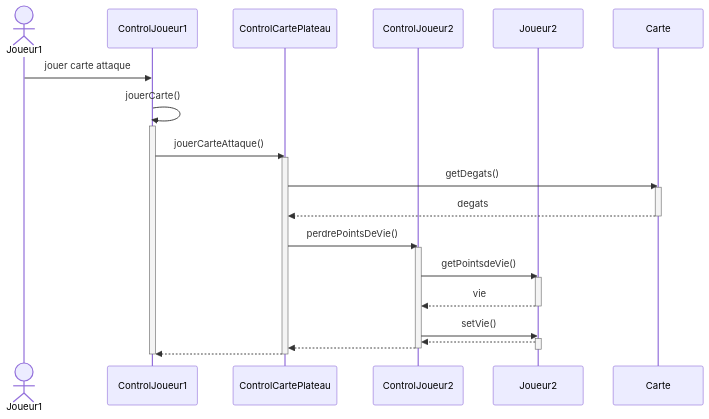
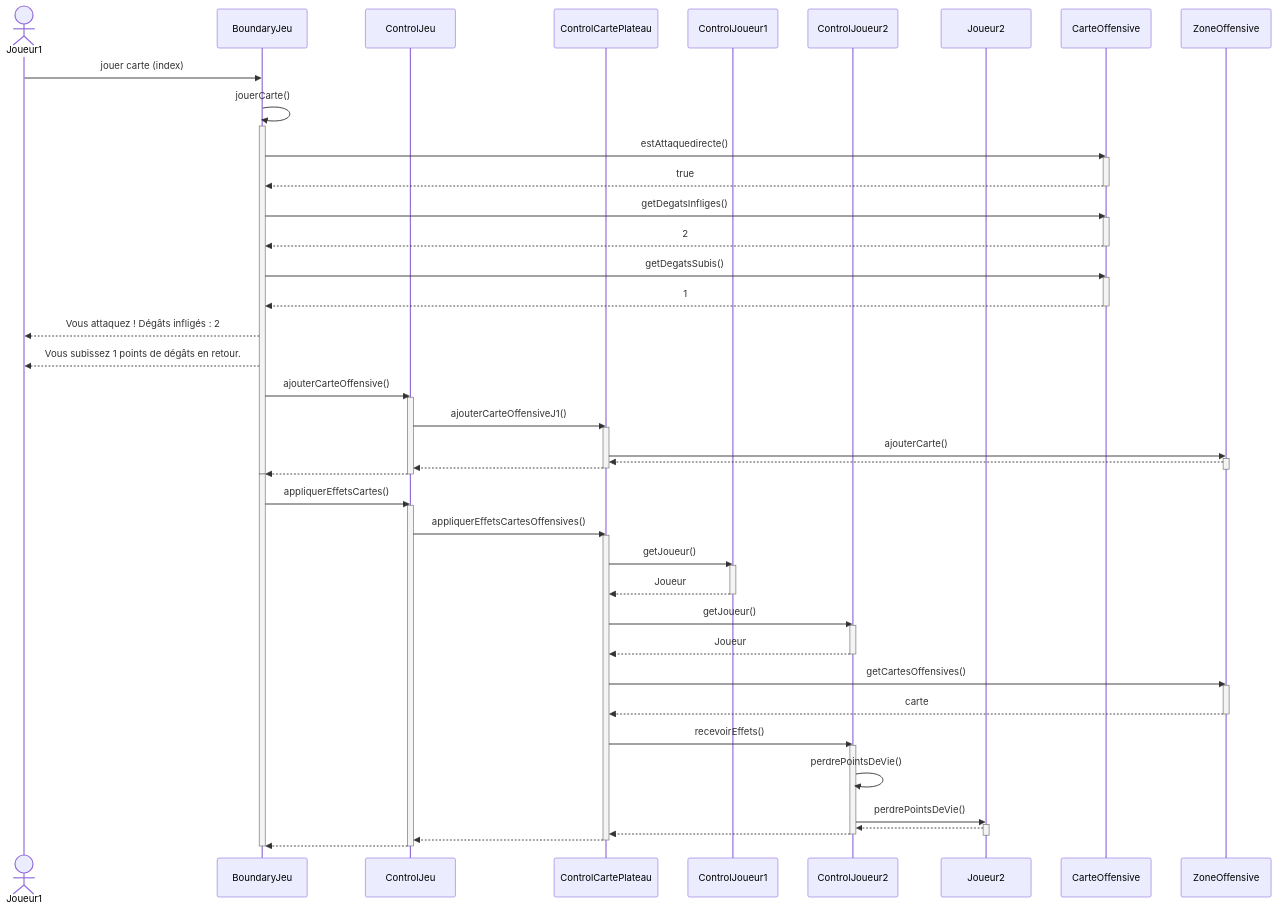
One commit to coco875/ProjetPirate changed the diagram in UML sequence.md. Above: the diagram before and after it, drawn with Mermaid. The commit also changed other lines of this file, not shown here.

Commit message:
update uml sequence

````diff
--- a/UML sequence.md
+++ b/UML sequence.md
@@ -8,48 +9,94 @@
 ```mermaid
 sequenceDiagram
     actor Joueur1
+    participant BoundaryJeu
+    participant ControlJeu
+    participant ControlCartePlateau
     participant ControlJoueur1
-    participant ControlCartePlateau
     participant ControlJoueur2
     participant Joueur2
-    participant Carte
+    participant CarteOffensive
+    participant ZoneOffensive
     
-	Joueur1->>ControlJoueur1: jouer carte attaque 
-    ControlJoueur1->>ControlJoueur1: jouerCarte()
-    activate ControlJoueur1
-    ControlJoueur1->>ControlCartePlateau: jouerCarteAttaque()
+	Joueur1->>BoundaryJeu: jouer carte (index)
+    BoundaryJeu->>BoundaryJeu: jouerCarte()
+    activate BoundaryJeu
+    BoundaryJeu->>CarteOffensive: estAttaquedirecte()
+    activate CarteOffensive
+    CarteOffensive-->>BoundaryJeu: true
+    deactivate CarteOffensive
+
+    BoundaryJeu->>CarteOffensive: getDegatsInfliges()
+    activate CarteOffensive
+    CarteOffensive-->>BoundaryJeu: 2
+    deactivate CarteOffensive
+
+    BoundaryJeu->>CarteOffensive: getDegatsSubis()
+    activate CarteOffensive
+    CarteOffensive-->>BoundaryJeu: 1
+    deactivate CarteOffensive
+
+    BoundaryJeu-->>Joueur1: Vous attaquez ! Dégâts infligés : 2
+    BoundaryJeu-->>Joueur1: Vous subissez 1 points de dégâts en retour.
+
+    BoundaryJeu->>ControlJeu: ajouterCarteOffensive()
+
+    activate ControlJeu
+    ControlJeu->>ControlCartePlateau: ajouterCarteOffensiveJ1()
+
+    activate ControlCartePlateau
+    ControlCartePlateau->>ZoneOffensive: ajouterCarte()
+
+    activate ZoneOffensive
+    ZoneOffensive-->>ControlCartePlateau: 
+    deactivate ZoneOffensive
+
+    ControlCartePlateau-->>ControlJeu: 
+    deactivate ControlCartePlateau
+
+    ControlJeu-->>BoundaryJeu: 
+    deactivate ControlJeu
+
+    deactivate BoundaryJeu
+
+    activate BoundaryJeu
+    BoundaryJeu->>ControlJeu: appliquerEffetsCartes()
+    
+    activate ControlJeu
+    ControlJeu->>ControlCartePlateau: appliquerEffetsCartesOffensives()
+
     activate ControlCartePlateau
 
-    ControlCartePlateau->>Carte: getDegats()
-    activate Carte
-    Carte-->>ControlCartePlateau: degats
-    deactivate Carte
+    ControlCartePlateau->>ControlJoueur1: getJoueur()
+    activate ControlJoueur1
+    ControlJoueur1-->>ControlCartePlateau: Joueur
+    deactivate ControlJoueur1
 
-    
-    ControlCartePlateau->>ControlJoueur2: perdrePointsDeVie()
+    ControlCartePlateau->>ControlJoueur2: getJoueur()
+    activate ControlJoueur2
+    ControlJoueur2-->>ControlCartePlateau: Joueur
+    deactivate ControlJoueur2
 
+    ControlCartePlateau->>ZoneOffensive: getCartesOffensives()
+    activate ZoneOffensive
+    ZoneOffensive-->>ControlCartePlateau: carte
+    deactivate ZoneOffensive
 
- 
-
+    ControlCartePlateau->>ControlJoueur2: recevoirEffets()
     activate ControlJoueur2
-    ControlJoueur2->>Joueur2: getPointsdeVie()
-
-    activate Joueur2
-    Joueur2-->>ControlJoueur2: vie 
-    deactivate Joueur2
-
-    
-    ControlJoueur2->>Joueur2: setVie()
+    ControlJoueur2->>ControlJoueur2: perdrePointsDeVie()
+    ControlJoueur2->>Joueur2: perdrePointsDeVie()
     activate Joueur2
     Joueur2-->>ControlJoueur2: 
     deactivate Joueur2
-
     ControlJoueur2-->>ControlCartePlateau: 
     deactivate ControlJoueur2
 
-    ControlCartePlateau-->>ControlJoueur1: 
+    ControlCartePlateau-->>ControlJeu: 
     deactivate ControlCartePlateau
 
+    ControlJeu-->>BoundaryJeu: 
+    deactivate ControlJeu
 
-    deactivate ControlJoueur1
+    deactivate BoundaryJeu
 ```
````
